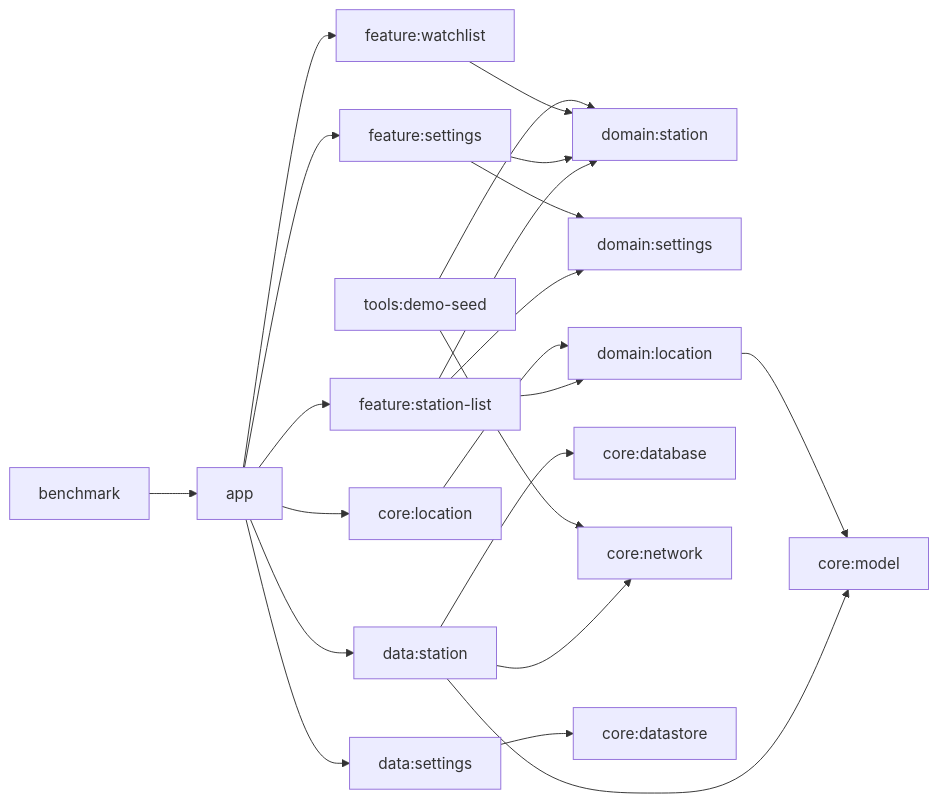
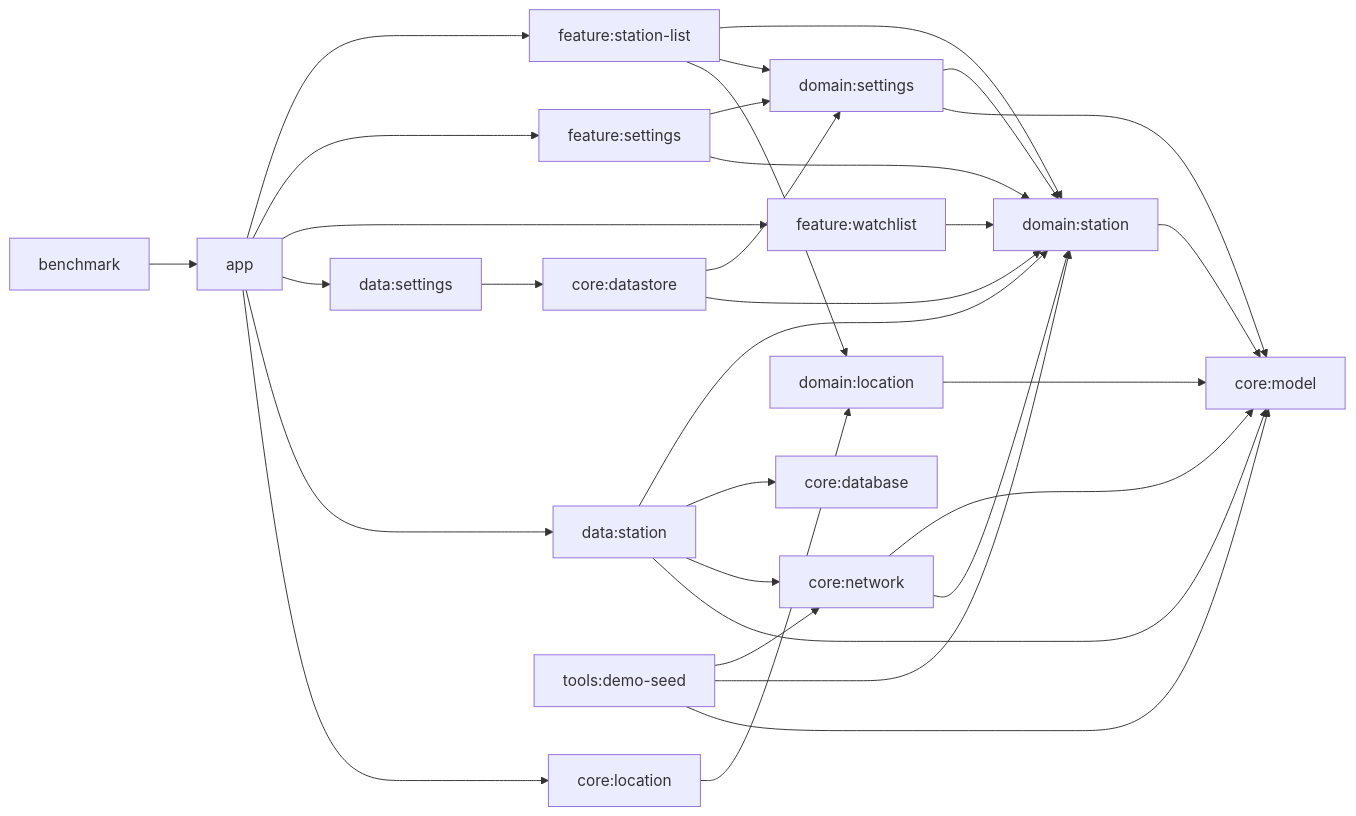
The diagram in README.md (beyondwin/GasStation), drawn with Mermaid before and after one commit. The commit also changed 4 other files, not shown here.

Commit message:
docs: align architecture documentation

````diff
--- a/README.md
+++ b/README.md
@@ -38,27 +38,36 @@
 ```mermaid
 flowchart LR
     app["app"] --> fstation["feature:station-list"]
     app --> fsettings["feature:settings"]
     app --> fwatch["feature:watchlist"]
     app --> dsettings["data:settings"]
     app --> dstation["data:station"]
     app --> clocation["core:location"]
 
     fstation --> domStation["domain:station"]
     fstation --> domSettings["domain:settings"]
     fstation --> domLocation["domain:location"]
     fsettings --> domSettings
     fsettings --> domStation
     fwatch --> domStation
 
+    dstation --> domStation
     dstation --> cdb["core:database"]
     dstation --> cnet["core:network"]
     dstation --> cmodel["core:model"]
     dsettings --> cstore["core:datastore"]
+    cstore --> domSettings
+    cstore --> domStation
+    cnet --> cmodel
+    cnet --> domStation
     clocation --> domLocation
+    domSettings --> domStation
+    domSettings --> cmodel
     domLocation --> cmodel
+    domStation --> cmodel
 
     tools["tools:demo-seed"] --> cnet
     tools --> domStation
+    tools --> cmodel
     benchmark["benchmark"] --> app
 ```
````
